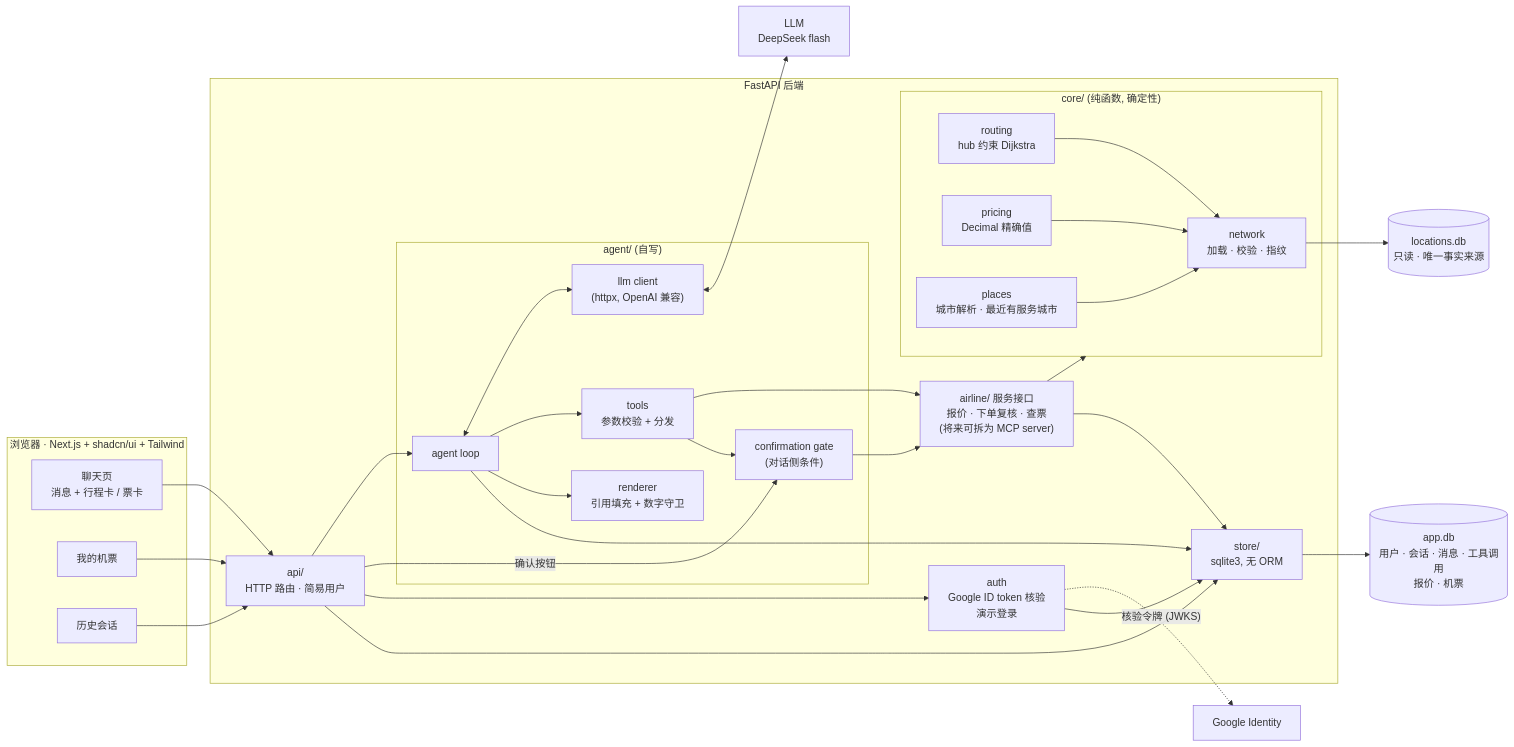
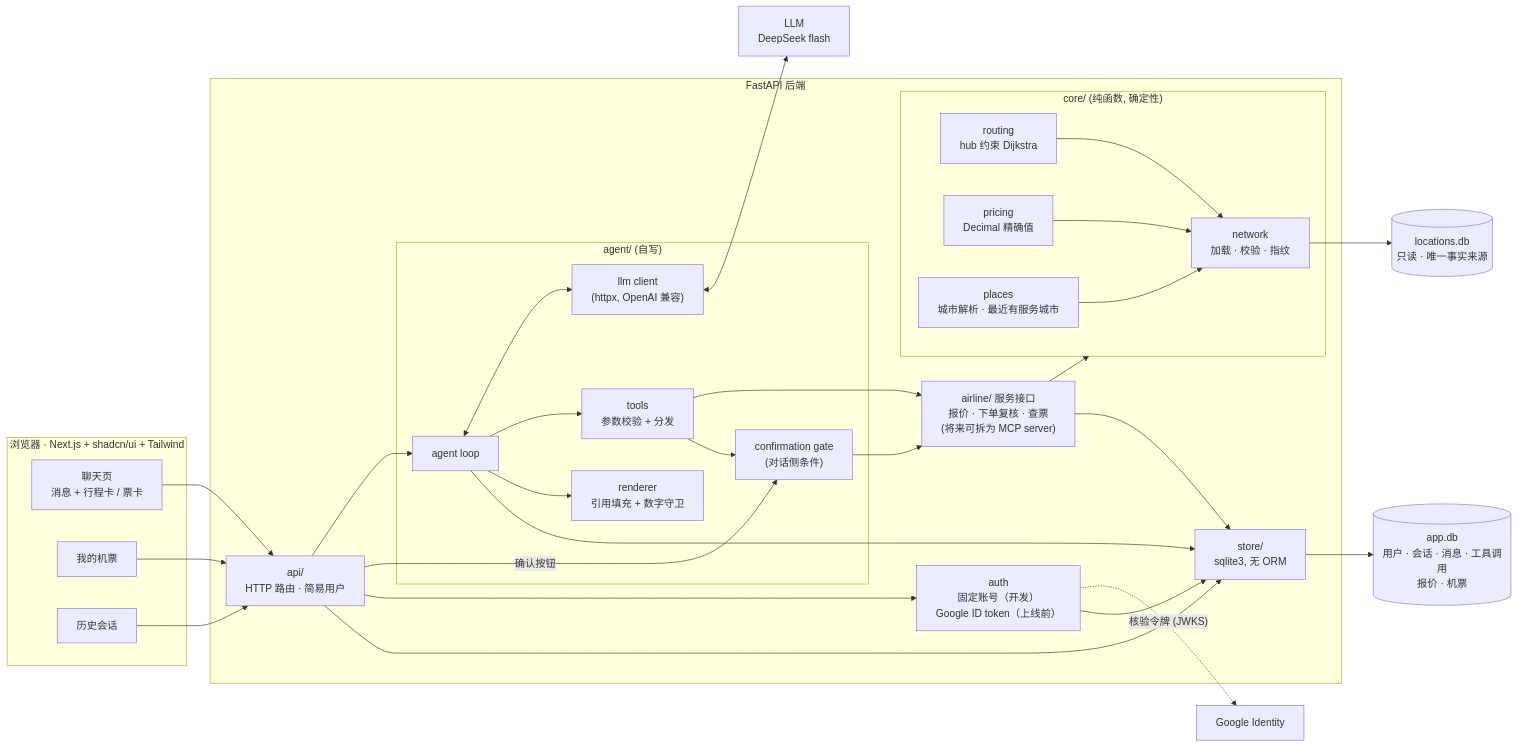
The first of 7 diagrams in docs/design/design.md (chux0519/ocean-above), drawn with Mermaid before and after one commit. The commit also changed other lines of this file and 1 other file, not shown here.

Commit message:
Deploy plan: compose + homelab tunnel; dev fixed-account auth

````diff
--- a/docs/design/design.md
+++ b/docs/design/design.md
@@ -49,47 +49,47 @@
 ```mermaid
 flowchart LR
   subgraph Browser["浏览器 · Next.js + shadcn/ui + Tailwind"]
     UI_Chat["聊天页<br/>消息 + 行程卡 / 票卡"]
     UI_Tickets["我的机票"]
     UI_History["历史会话"]
   end
 
   subgraph Backend["FastAPI 后端"]
     API["api/<br/>HTTP 路由 · 简易用户"]
     subgraph Agent["agent/ (自写)"]
       Loop["agent loop"]
       LLMC["llm client<br/>(httpx, OpenAI 兼容)"]
       Tools["tools<br/>参数校验 + 分发"]
       Render["renderer<br/>引用填充 + 数字守卫"]
       Gate["confirmation gate<br/>(对话侧条件)"]
     end
     Airline["airline/ 服务接口<br/>报价 · 下单复核 · 查票<br/>(将来可拆为 MCP server)"]
-    Auth["auth<br/>Google ID token 核验<br/>演示登录"]
+    Auth["auth<br/>固定账号（开发）<br/>Google ID token（上线前）"]
     subgraph Core["core/ (纯函数, 确定性)"]
       Net["network<br/>加载 · 校验 · 指纹"]
       Route["routing<br/>hub 约束 Dijkstra"]
       Price["pricing<br/>Decimal 精确值"]
       Places["places<br/>城市解析 · 最近有服务城市"]
     end
     Store["store/<br/>sqlite3, 无 ORM"]
   end
 
   LDB[("locations.db<br/>只读 · 唯一事实来源")]
   ADB[("app.db<br/>用户 · 会话 · 消息 · 工具调用<br/>报价 · 机票")]
   LLM["LLM<br/>DeepSeek flash"]
 
   UI_Chat & UI_Tickets & UI_History --> API
   API --> Loop
   API -->|"确认按钮"| Gate
   Loop <--> LLMC <--> LLM
   Loop --> Tools --> Airline --> Core
   Tools --> Gate --> Airline
   API --> Auth
   Auth -.->|"核验令牌 (JWKS)"| Google["Google Identity"]
   Loop --> Render
   Net --> LDB
   Route --> Net
   Price --> Net
   Places --> Net
   Airline & Loop & API & Auth --> Store --> ADB
 ```
````
